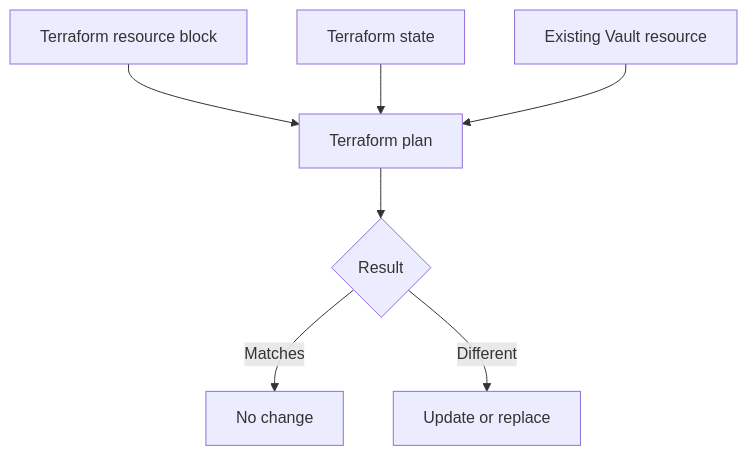
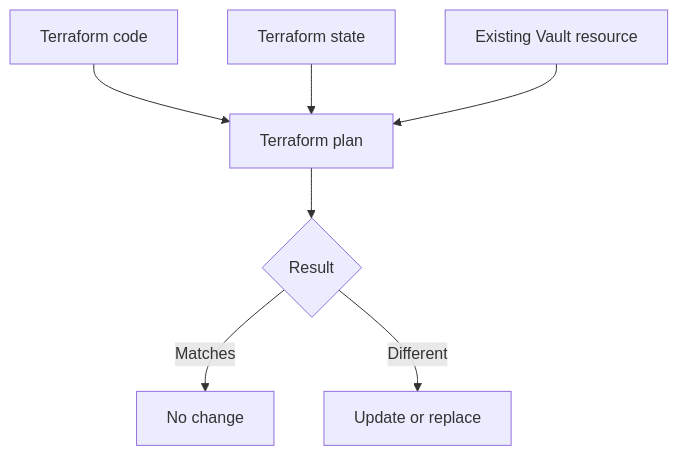
One commit to therayy/terraform-ntax changed the third of 3 diagrams in README.md. Above: the diagram before and after it, drawn with Mermaid. The commit also changed other lines of this file, not shown here.

````diff
--- a/README.md
+++ b/README.md
@@ -471,9 +745,9 @@
 ```mermaid
 flowchart TD
-    A["Terraform resource block"] --> D["Terraform plan"]
+    A["Terraform code"] --> D["Terraform plan"]
     B["Terraform state"] --> D
     C["Existing Vault resource"] --> D
     D --> E{"Result"}
     E -->|Matches| F["No change"]
     E -->|Different| G["Update or replace"]
 ```
````
